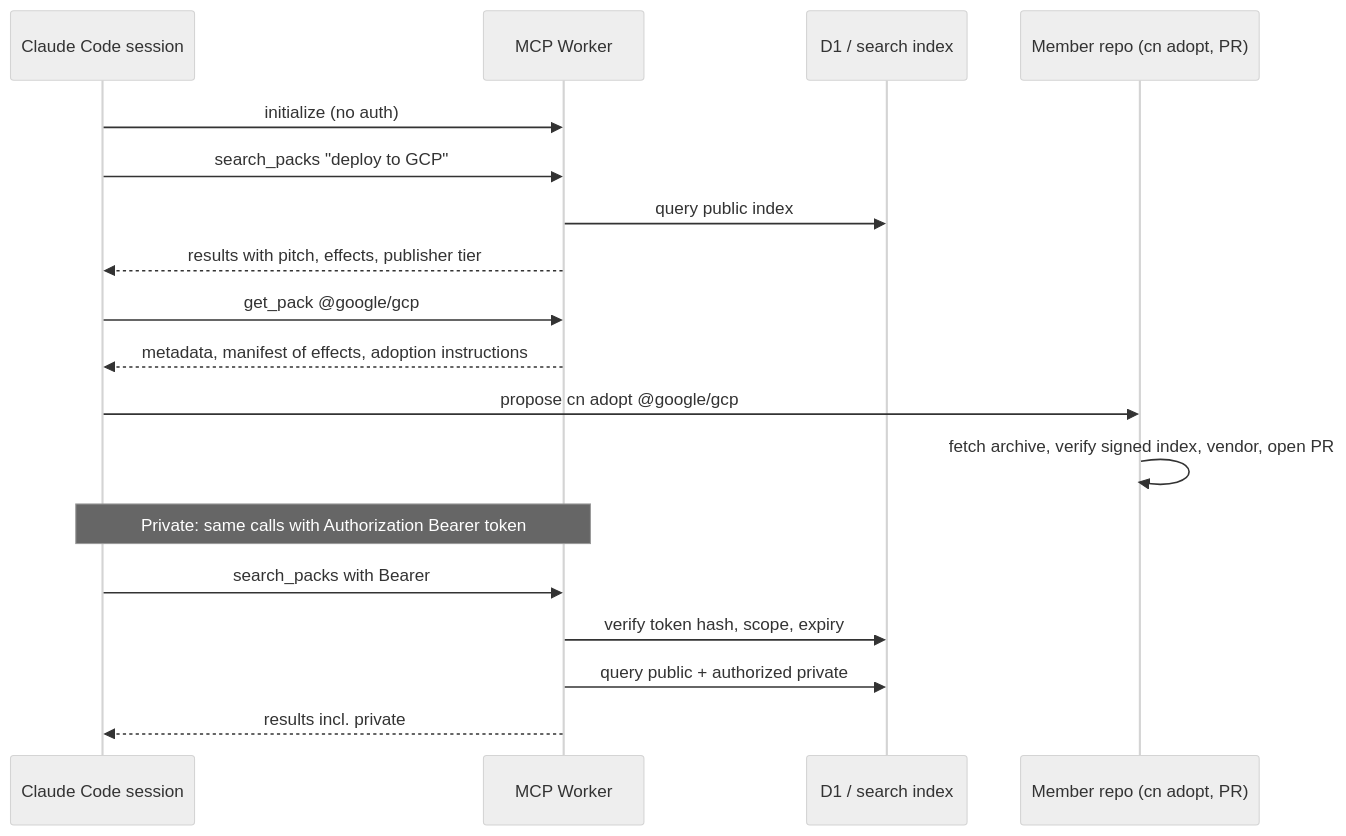
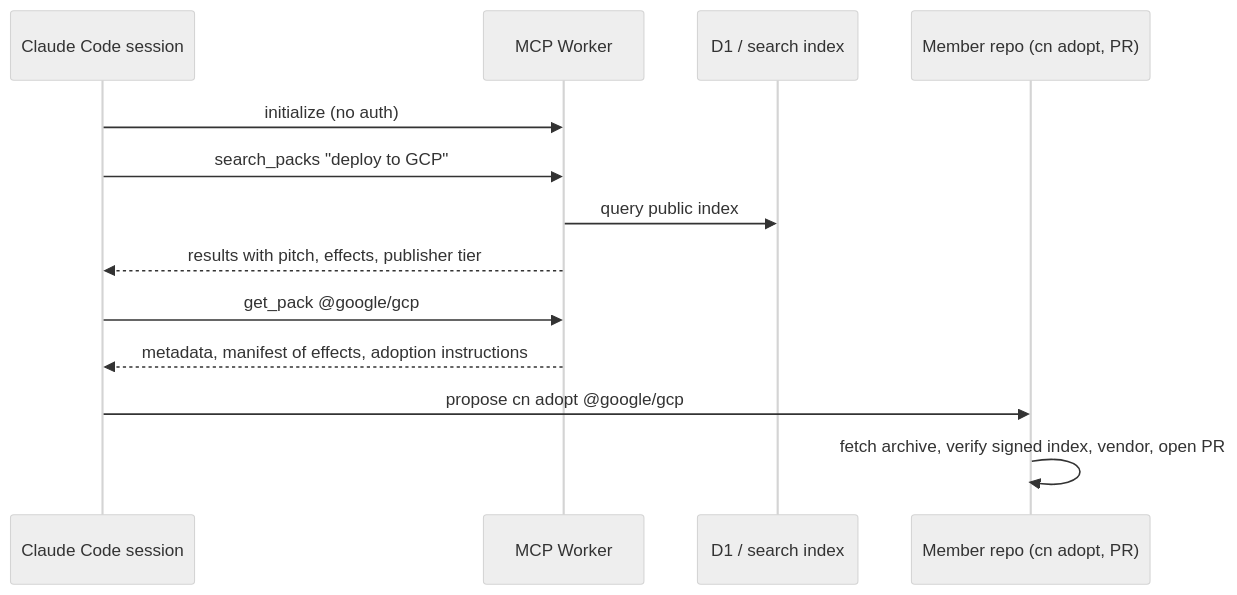
One commit to Claudinite/PackServer changed diagram 11 of 13 in docs/ui/flows.md. Above: the diagram before and after it, drawn with Mermaid (neutral theme). The commit also changed other lines of this file and 6 other files, not shown here.

````diff
--- a/docs/ui/flows.md
+++ b/docs/ui/flows.md
@@ -479,20 +465,15 @@
 ```mermaid
 sequenceDiagram
   participant Ag as Claude Code session
   participant M as MCP Worker
   participant D as D1 / search index
   participant Repo as Member repo (cn adopt, PR)
   Ag->>M: initialize (no auth)
   Ag->>M: search_packs "deploy to GCP"
   M->>D: query public index
   M-->>Ag: results with pitch, effects, publisher tier
   Ag->>M: get_pack @google/gcp
   M-->>Ag: metadata, manifest of effects, adoption instructions
   Ag->>Repo: propose cn adopt @google/gcp
   Repo->>Repo: fetch archive, verify signed index, vendor, open PR
-  Note over Ag,M: Private: same calls with Authorization Bearer token
-  Ag->>M: search_packs with Bearer
-  M->>D: verify token hash, scope, expiry
-  M->>D: query public + authorized private
-  M-->>Ag: results incl. private
 ```
````
